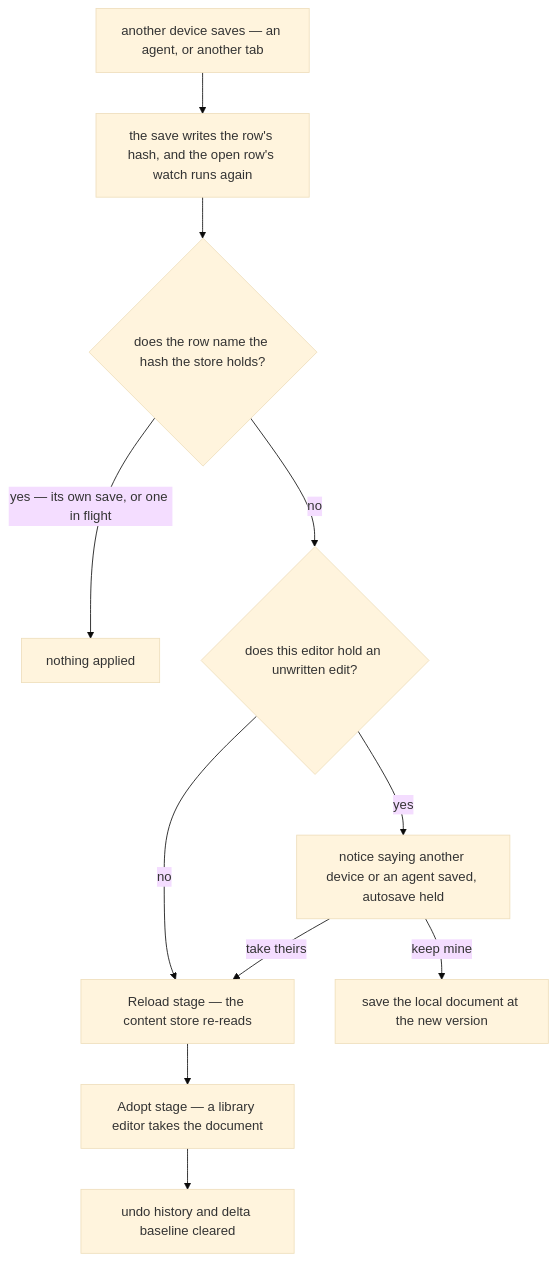
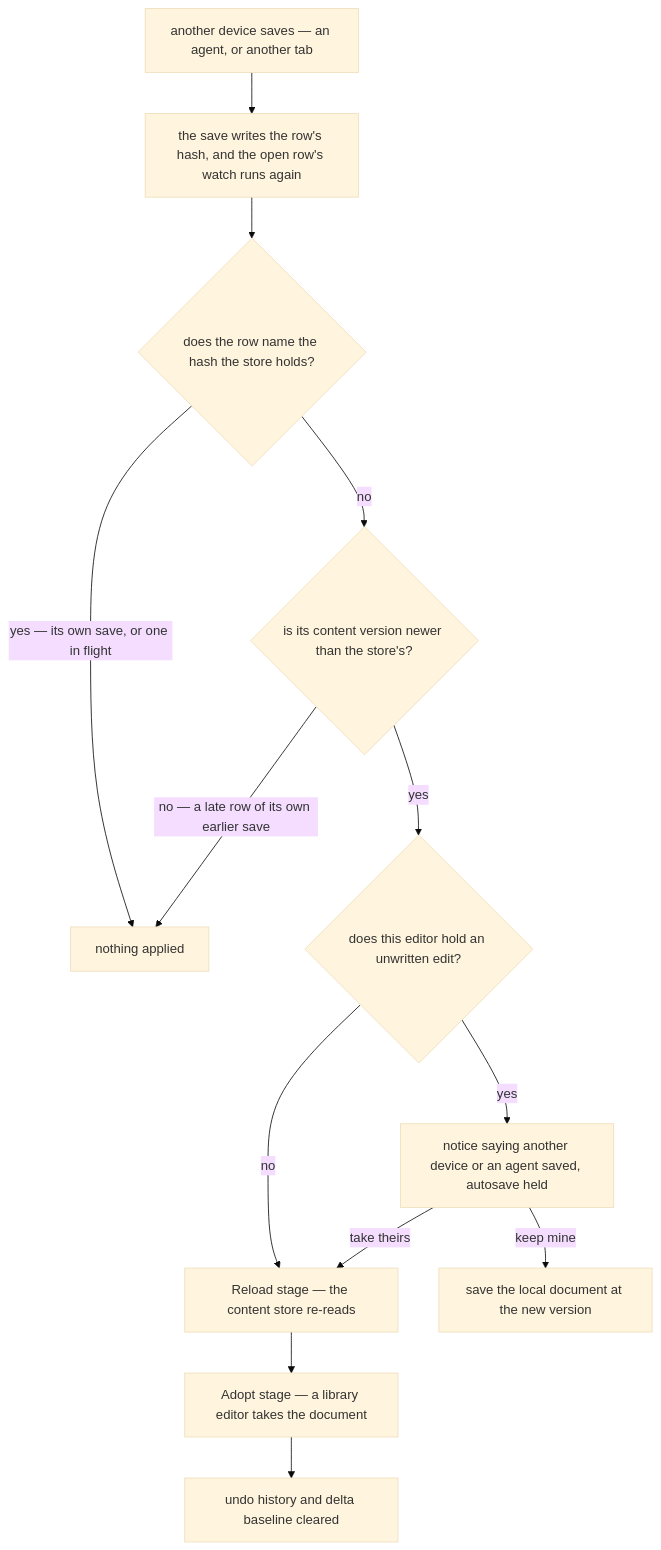
One commit to Esposter/Esposter changed the diagram in openspec/specs/architecture/ai-native-resources/live-edits/design.md. Above: the diagram before and after it, drawn with Mermaid (base theme). The commit also changed other lines of this file and 3 other files, not shown here.

First line of the commit message:
fix(resource): a late row of the device's own earlier save reloads nothing over the latest edit

````diff
--- a/openspec/specs/architecture/ai-native-resources/live-edits/design.md
+++ b/openspec/specs/architecture/ai-native-resources/live-edits/design.md
@@ -36,13 +36,15 @@
 ```mermaid
 flowchart TD
   SAVE["another device saves — an agent, or another tab"] --> ROW["the save writes the row's hash, and the open row's watch runs again"]
   ROW --> SAME{"does the row name the hash the store holds?"}
   SAME -->|"yes — its own save, or one in flight"| NONE["nothing applied"]
-  SAME -->|no| DIRTY{"does this editor hold an unwritten edit?"}
+  SAME -->|no| NEWER{"is its content version newer than the store's?"}
+  NEWER -->|"no — a late row of its own earlier save"| NONE
+  NEWER -->|yes| DIRTY{"does this editor hold an unwritten edit?"}
   DIRTY -->|no| RELOAD["Reload stage — the content store re-reads"]
   RELOAD --> ADOPT["Adopt stage — a library editor takes the document"]
   ADOPT --> CLEAR["undo history and delta baseline cleared"]
   DIRTY -->|yes| ASK["notice saying another device or an agent saved, autosave held"]
   ASK -->|"take theirs"| RELOAD
   ASK -->|"keep mine"| WRITE["save the local document at the new version"]
 ```
````
